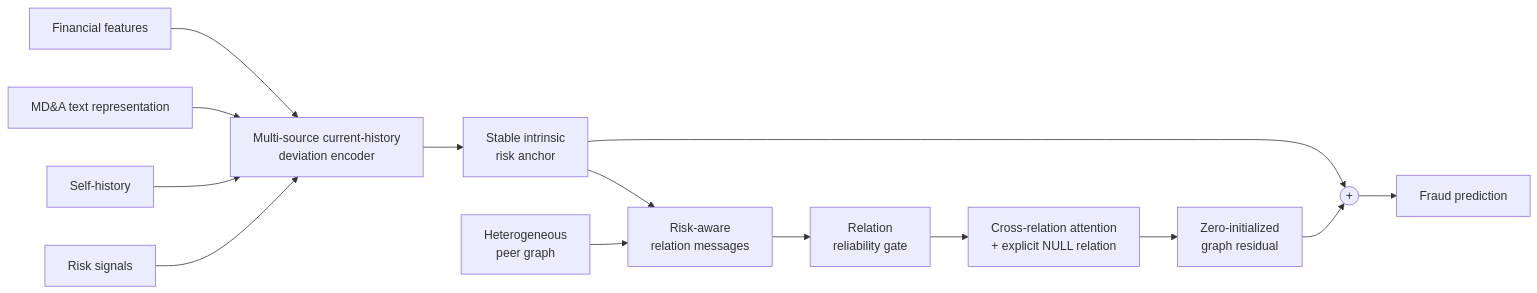
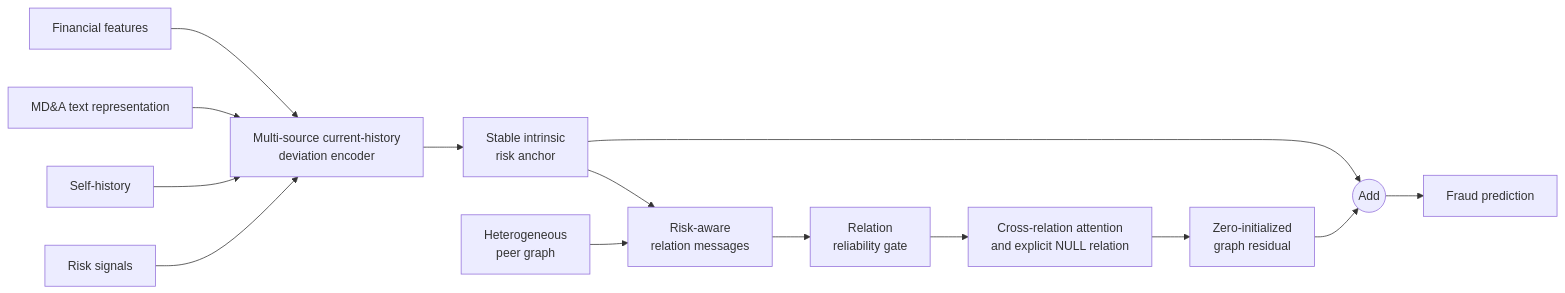
Before and after one commit to RookieZhou0617/risk-aware-financial-fraud-detection: the diagram in README.md, drawn with Mermaid.

Commit message:
fix(docs): correct Mermaid architecture rendering

````diff
--- a/README.md
+++ b/README.md
@@ -30,16 +30,16 @@
 ```mermaid
 flowchart LR
-    F[Financial features] --> E[Multi-source current-history<br/>deviation encoder]
-    T[MD&A text representation] --> E
-    H[Self-history] --> E
-    R[Risk signals] --> E
-    E --> A[Stable intrinsic<br/>risk anchor]
-    A --> M[Risk-aware<br/>relation messages]
-    G[Heterogeneous<br/>peer graph] --> M
-    M --> Q[Relation<br/>reliability gate]
-    Q --> C[Cross-relation attention<br/>+ explicit NULL relation]
-    C --> D[Zero-initialized<br/>graph residual]
-    A --> S((+))
+    F["Financial features"] --> E["Multi-source current-history<br/>deviation encoder"]
+    T["MD&amp;A text representation"] --> E
+    H["Self-history"] --> E
+    R["Risk signals"] --> E
+    E --> A["Stable intrinsic<br/>risk anchor"]
+    A --> M["Risk-aware<br/>relation messages"]
+    G["Heterogeneous<br/>peer graph"] --> M
+    M --> Q["Relation<br/>reliability gate"]
+    Q --> C["Cross-relation attention<br/>and explicit NULL relation"]
+    C --> D["Zero-initialized<br/>graph residual"]
+    A --> S(("Add"))
     D --> S
-    S --> P[Fraud prediction]
+    S --> P["Fraud prediction"]
 ```
````
